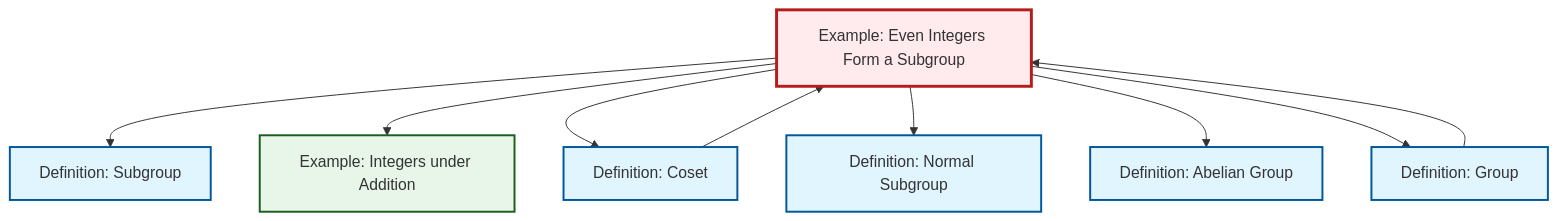
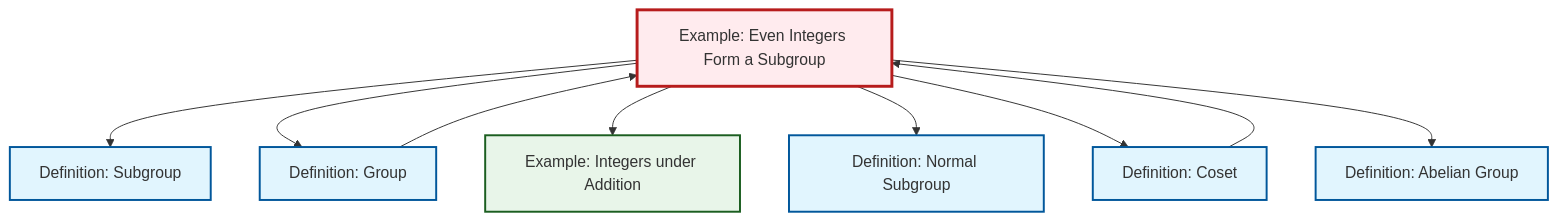
One commit to RK0429/ModernMath changed the diagram in content/en/algebra/ex-even-integers-subgroup.qmd. Above: the diagram before and after it, drawn with Mermaid. The commit also changed other lines of this file and 1069 other files, not shown here.

````diff
--- a/content/en/algebra/ex-even-integers-subgroup.qmd
+++ b/content/en/algebra/ex-even-integers-subgroup.qmd
@@ -51,31 +51,31 @@
 ```{mermaid}
 %%| fig-cap: "Local dependency graph"
 graph TD
     classDef definition fill:#e1f5fe,stroke:#01579b,stroke-width:2px
     classDef theorem fill:#f3e5f5,stroke:#4a148c,stroke-width:2px
     classDef axiom fill:#fff3e0,stroke:#e65100,stroke-width:2px
     classDef example fill:#e8f5e9,stroke:#1b5e20,stroke-width:2px
     classDef current fill:#ffebee,stroke:#b71c1c,stroke-width:3px
+    def-normal-subgroup["Definition: Normal Subgroup"]:::definition
     ex-even-integers-subgroup["Example: Even Integers Form a Subgroup"]:::example
+    def-subgroup["Definition: Subgroup"]:::definition
+    ex-integers-addition["Example: Integers under Addition"]:::example
+    def-abelian-group["Definition: Abelian Group"]:::definition
     def-coset["Definition: Coset"]:::definition
-    ex-integers-addition["Example: Integers under Addition"]:::example
     def-group["Definition: Group"]:::definition
-    def-subgroup["Definition: Subgroup"]:::definition
-    def-normal-subgroup["Definition: Normal Subgroup"]:::definition
-    def-abelian-group["Definition: Abelian Group"]:::definition
     def-group --> ex-even-integers-subgroup
+    ex-even-integers-subgroup --> def-subgroup
+    ex-even-integers-subgroup --> def-group
+    ex-even-integers-subgroup --> ex-integers-addition
+    ex-even-integers-subgroup --> def-normal-subgroup
+    ex-even-integers-subgroup --> def-coset
+    ex-even-integers-subgroup --> def-abelian-group
     def-coset --> ex-even-integers-subgroup
-    ex-even-integers-subgroup --> def-subgroup
-    ex-even-integers-subgroup --> ex-integers-addition
-    ex-even-integers-subgroup --> def-coset
-    ex-even-integers-subgroup --> def-normal-subgroup
-    ex-even-integers-subgroup --> def-abelian-group
-    ex-even-integers-subgroup --> def-group
     class ex-even-integers-subgroup current
+    click def-normal-subgroup "def-normal-subgroup.html" "Go to Normal Subgroup definition"
+    click def-subgroup "def-subgroup.html" "Go to Subgroup definition"
+    click ex-integers-addition "ex-integers-addition.html" "Go to Integers under Addition example"
+    click def-abelian-group "def-abelian-group.html" "Go to Abelian Group definition"
     click def-coset "def-coset.html" "Go to Coset definition"
-    click ex-integers-addition "ex-integers-addition.html" "Go to Integers under Addition example"
     click def-group "def-group.html" "Go to Group definition"
-    click def-subgroup "def-subgroup.html" "Go to Subgroup definition"
-    click def-normal-subgroup "def-normal-subgroup.html" "Go to Normal Subgroup definition"
-    click def-abelian-group "def-abelian-group.html" "Go to Abelian Group definition"
 ```
````
